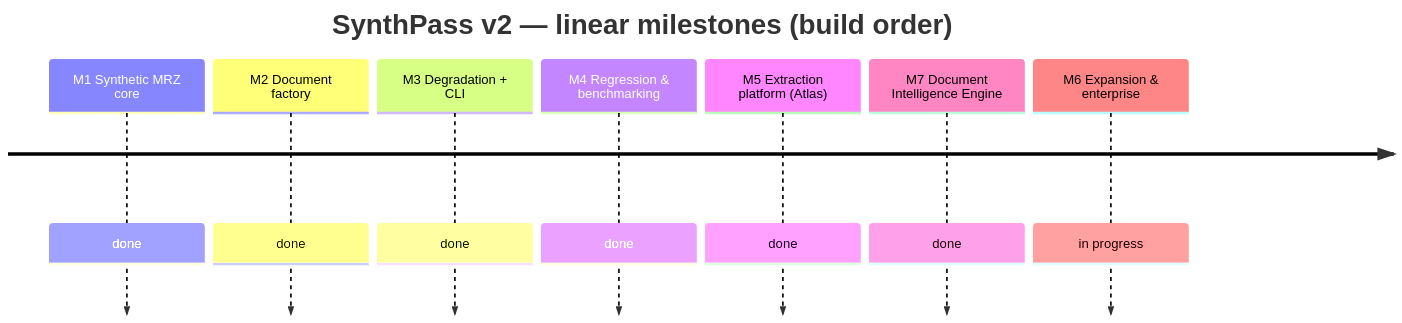
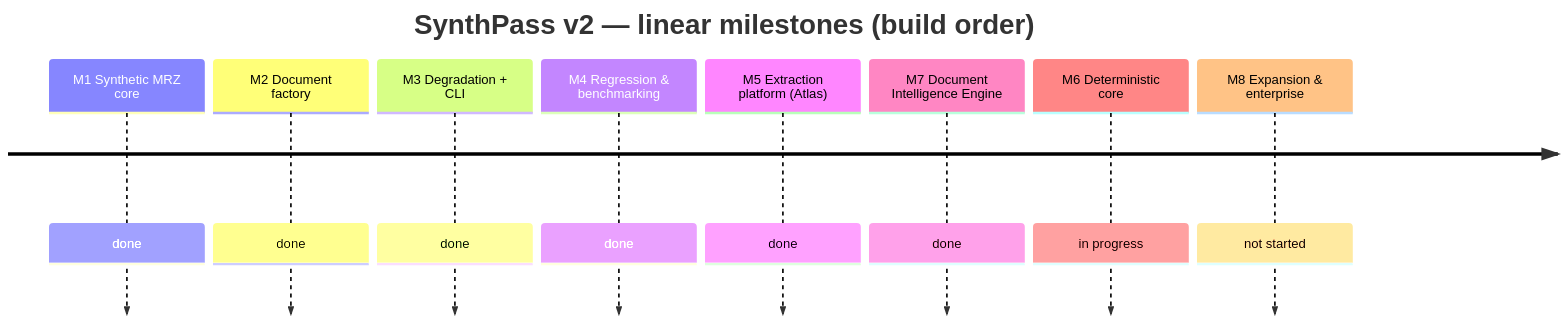
One commit to ruledicaprio/SynthPass changed the first of 3 diagrams in knowledge/ROADMAP.md. Above: the diagram before and after it, drawn with Mermaid. The commit also changed other lines of this file and 10 other files, not shown here.

````diff
--- a/knowledge/ROADMAP.md
+++ b/knowledge/ROADMAP.md
@@ -43,11 +46,12 @@
 ```mermaid
 timeline
     title SynthPass v2 — linear milestones (build order)
     M1 Synthetic MRZ core : done
     M2 Document factory : done
     M3 Degradation + CLI : done
     M4 Regression & benchmarking : done
     M5 Extraction platform (Atlas) : done
     M7 Document Intelligence Engine : done
-    M6 Expansion & enterprise : in progress
+    M6 Deterministic core : in progress
+    M8 Expansion & enterprise : not started
 ```
````
